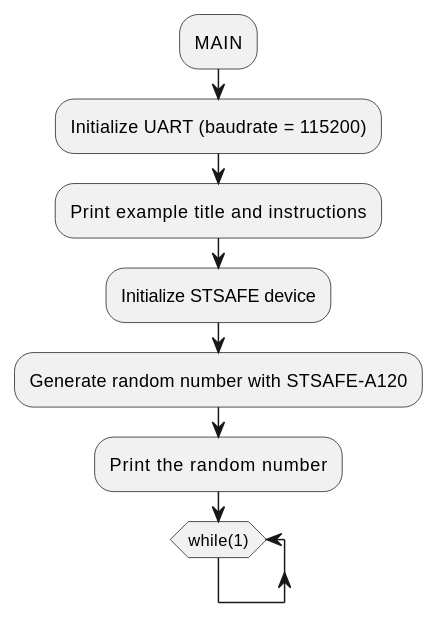
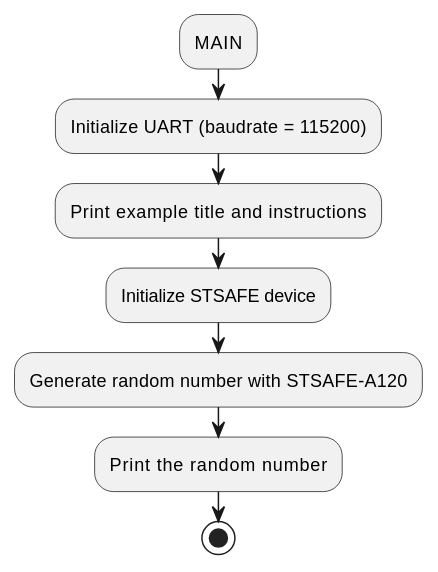
Before and after one commit to Grom-perso/STSAFE-A120_examples_dev: the diagram in Documentation/resources/Markdown/03_Project_examples_description/Random_number_generation/STSAFE-A120_Random_number_generation.md, drawn with PlantUML. The commit also changed other lines of this file and 23 other files, not shown here.

```diff
--- a/Documentation/resources/Markdown/03_Project_examples_description/Random_number_generation/STSAFE-A120_Random_number_generation.md
+++ b/Documentation/resources/Markdown/03_Project_examples_description/Random_number_generation/STSAFE-A120_Random_number_generation.md
@@ -11,13 +12,9 @@
 @startuml "STSAFE-A120_Random_number_generation Example flowchart" width=5cm
 	:MAIN;
 	:Initialize UART (baudrate = 115200);
 	:Print example title and instructions;
 	:Initialize STSAFE device;
 	:Generate random number with STSAFE-A120;
 	:Print the random number;
-
-	while (while(1))
-	end while
-	-[hidden]->
-	detach
+	stop
 @enduml
```
